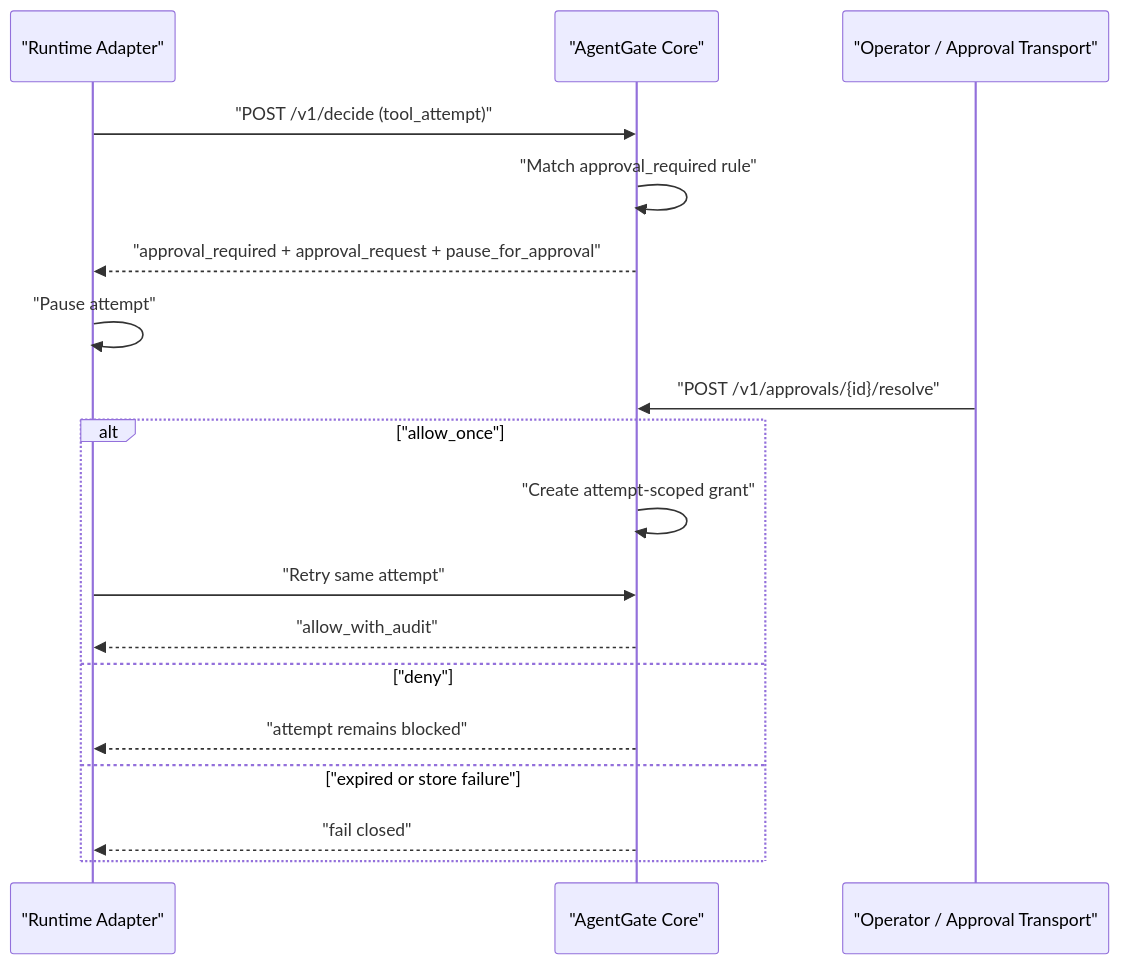
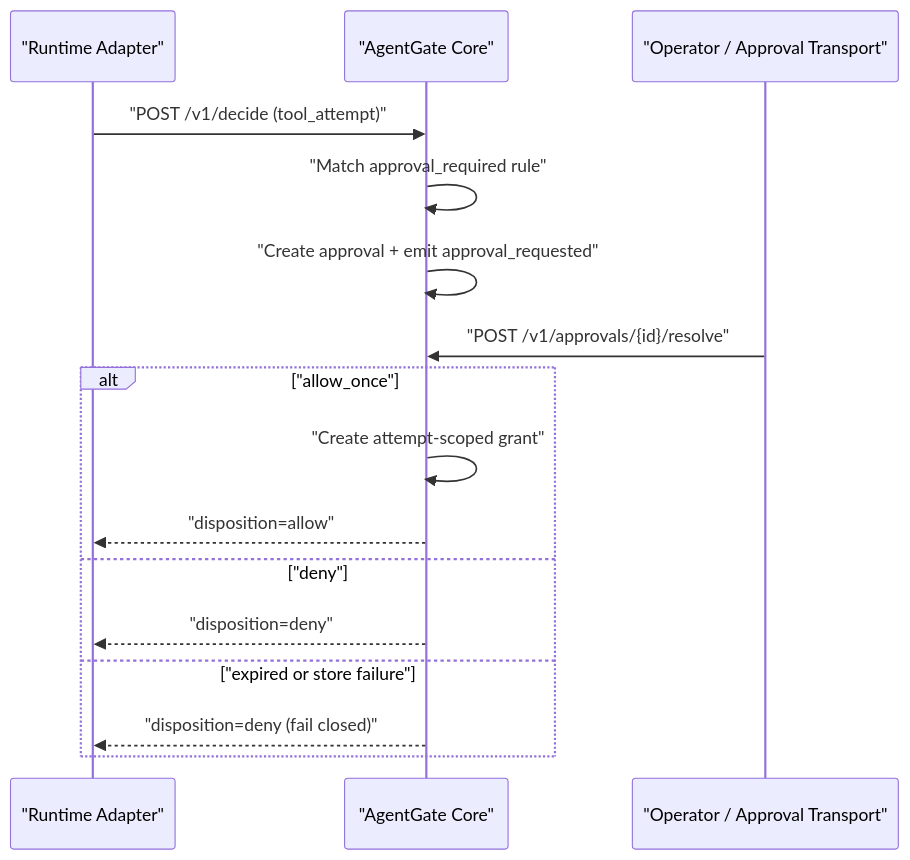
The third of 5 diagrams in README.md (nkanf-dev/AgentGate), drawn with Mermaid before and after one commit. The commit also changed other lines of this file and 42 other files, not shown here.

````diff
--- a/README.md
+++ b/README.md
@@ -104,21 +104,19 @@
 ```mermaid
 sequenceDiagram
   participant Adapter as "Runtime Adapter"
   participant Core as "AgentGate Core"
   participant Operator as "Operator / Approval Transport"
 
   Adapter->>Core: "POST /v1/decide (tool_attempt)"
   Core->>Core: "Match approval_required rule"
-  Core-->>Adapter: "approval_required + approval_request + pause_for_approval"
-  Adapter->>Adapter: "Pause attempt"
+  Core->>Core: "Create approval + emit approval_requested"
   Operator->>Core: "POST /v1/approvals/{id}/resolve"
   alt "allow_once"
     Core->>Core: "Create attempt-scoped grant"
-    Adapter->>Core: "Retry same attempt"
-    Core-->>Adapter: "allow_with_audit"
+    Core-->>Adapter: "disposition=allow"
   else "deny"
-    Core-->>Adapter: "attempt remains blocked"
+    Core-->>Adapter: "disposition=deny"
   else "expired or store failure"
-    Core-->>Adapter: "fail closed"
+    Core-->>Adapter: "disposition=deny (fail closed)"
   end
 ```
````
